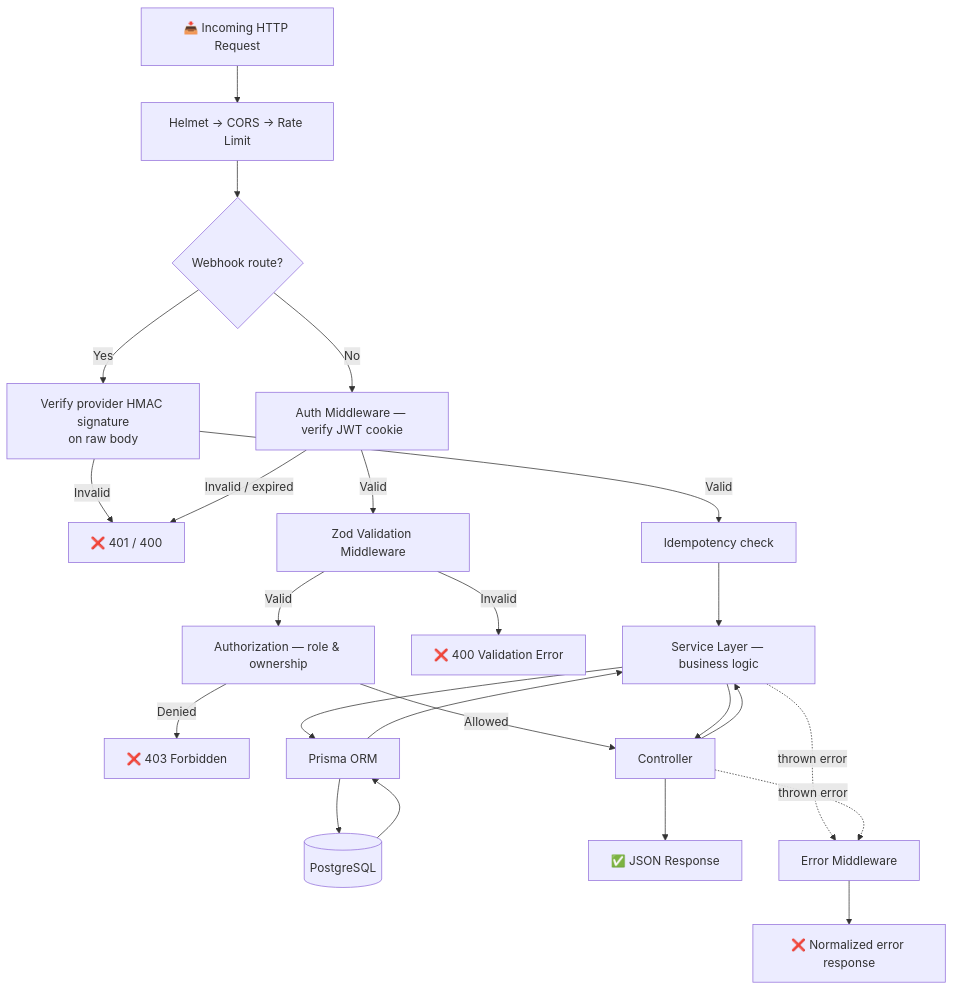
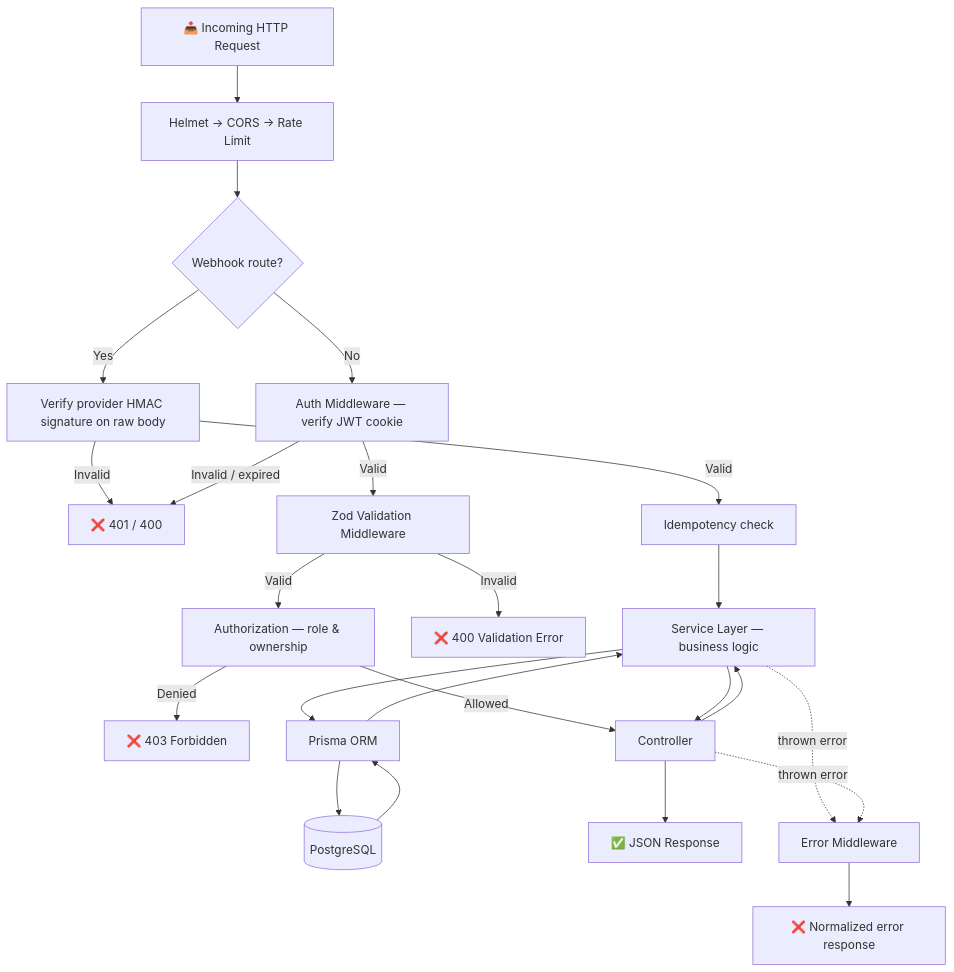
The second of 6 diagrams in README.md (aryan24cse109-dev/Wealthra-ai), drawn with Mermaid before and after one commit. The commit also changed other lines of this file, not shown here.

````diff
--- a/README.md
+++ b/README.md
@@ -147,25 +232,28 @@
 ```mermaid
 flowchart TD
     A["📥 Incoming HTTP Request"] --> B["Helmet → CORS → Rate Limit"]
     B --> W{"Webhook route?"}
-    W -->|Yes| WS["Verify provider HMAC signature<br/>on raw body"]
+
+    W -->|Yes| WS["Verify provider HMAC signature on raw body"]
     WS -->|Invalid| E401["❌ 401 / 400"]
     WS -->|Valid| IDEM["Idempotency check"]
     IDEM --> G
+
     W -->|No| C["Auth Middleware — verify JWT cookie"]
     C -->|Invalid / expired| E401
     C -->|Valid| D["Zod Validation Middleware"]
     D -->|Invalid| E400["❌ 400 Validation Error"]
     D -->|Valid| E["Authorization — role & ownership"]
     E -->|Denied| E403["❌ 403 Forbidden"]
     E -->|Allowed| F["Controller"]
+
     F --> G["Service Layer — business logic"]
     G --> H["Prisma ORM"]
     H --> I[("PostgreSQL")]
     I --> H --> G --> F
     F --> J["✅ JSON Response"]
 
     G -. "thrown error" .-> ERR["Error Middleware"]
     F -. "thrown error" .-> ERR
     ERR --> E500["❌ Normalized error response"]
 ```
````
